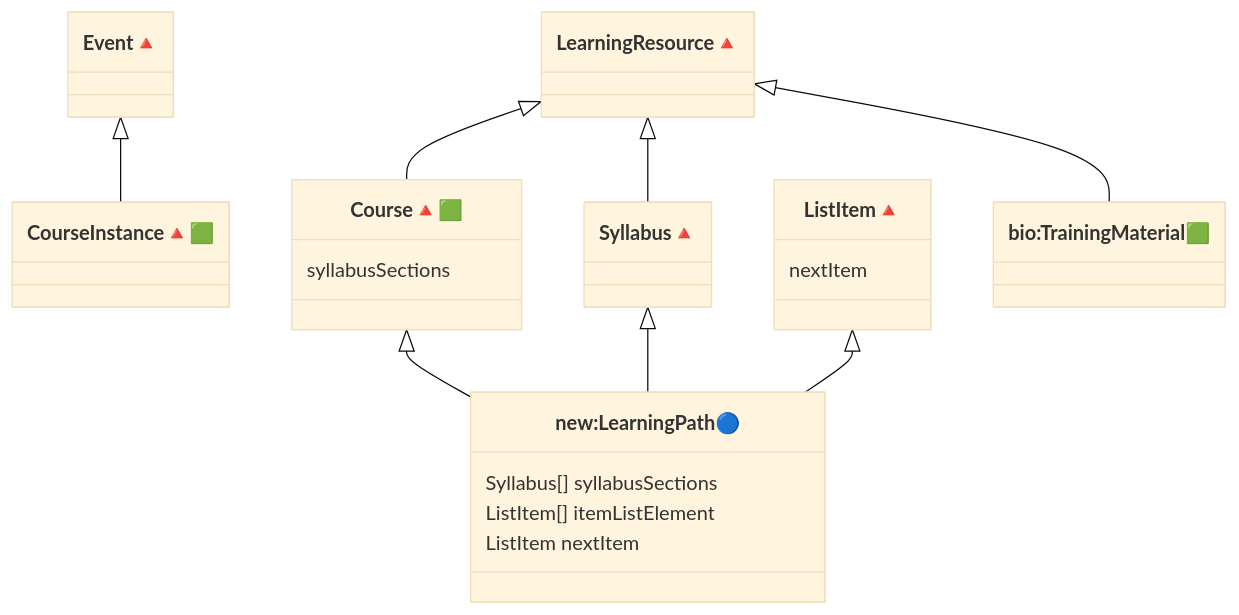
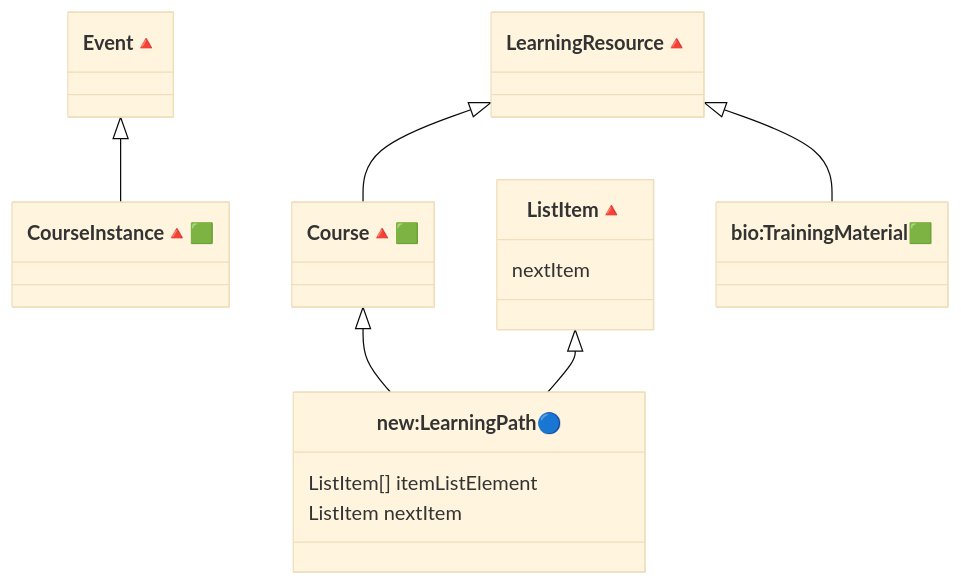
Before and after one commit to BioSchemas/LearningPath-sandbox: the third of 4 diagrams in README.md, drawn with Mermaid (base theme). The commit also changed other lines of this file, not shown here.

Commit message:
Remove Syllabus from class diagrams in README

````diff
--- a/README.md
+++ b/README.md
@@ -262,32 +262,26 @@
 ```mermaid
 classDiagram
 direction TB
     class Event["Event🔺"] {
     }
     class CourseInstance["CourseInstance🔺🟩"]  {
     }
     class Course["Course🔺🟩"] {
-        syllabusSections
     }
     class new_LearningPath["new:LearningPath🔵"] {
-        Syllabus[] syllabusSections
         ListItem[] itemListElement
         ListItem nextItem
     }
     class ListItem["ListItem🔺"] {
 	    nextItem
     }
-    class Syllabus["Syllabus🔺"] {   
-    }
     class LearningResource["LearningResource🔺"] {
     }
     class bio_TrainingMaterial["bio:TrainingMaterial🟩"] {
     }
     Course <|-- new_LearningPath
-    Syllabus <|-- new_LearningPath
     ListItem <|-- new_LearningPath
     LearningResource <|-- Course
     LearningResource <|-- bio_TrainingMaterial
-    LearningResource <|-- Syllabus
     Event <|-- CourseInstance
 ```
````
